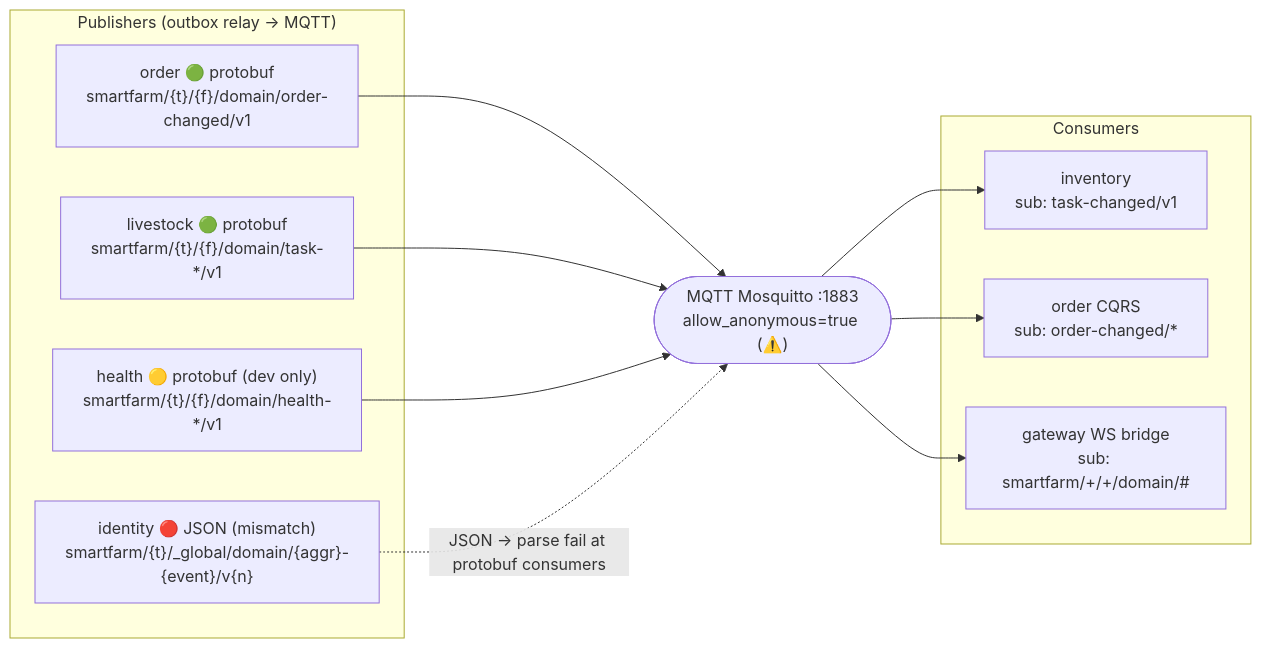
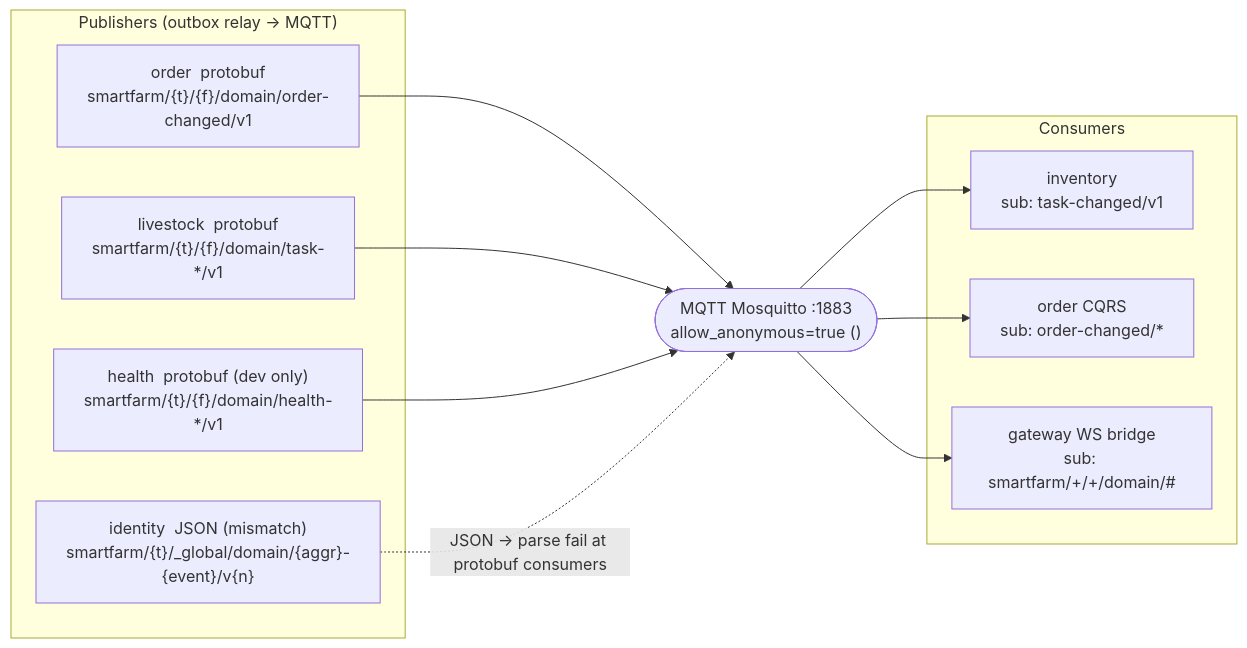
Before and after one commit to hatrongvu13/smartfarm-platform-maven-starter: the sixth of 6 diagrams in docs/architecture/request-flows.md, drawn with Mermaid. The commit also changed other lines of this file and 4 other files, not shown here.

````diff
--- a/docs/architecture/request-flows.md
+++ b/docs/architecture/request-flows.md
@@ -137,18 +137,18 @@
 ```mermaid
 flowchart LR
-  subgraph Publishers["Publishers (outbox relay → MQTT)"]
-    O["order 🟢 protobuf<br/>smartfarm/{t}/{f}/domain/order-changed/v1"]
-    L["livestock 🟢 protobuf<br/>smartfarm/{t}/{f}/domain/task-*/v1"]
-    H["health 🟡 protobuf (dev only)<br/>smartfarm/{t}/{f}/domain/health-*/v1"]
-    I["identity 🔴 JSON (mismatch)<br/>smartfarm/{t}/_global/domain/{aggr}-{event}/v{n}"]
+  subgraph Publishers["Publishers (outbox relay -> MQTT)"]
+    O["order  protobuf<br/>smartfarm/{t}/{f}/domain/order-changed/v1"]
+    L["livestock  protobuf<br/>smartfarm/{t}/{f}/domain/task-*/v1"]
+    H["health  protobuf (dev only)<br/>smartfarm/{t}/{f}/domain/health-*/v1"]
+    I["identity  JSON (mismatch)<br/>smartfarm/{t}/_global/domain/{aggr}-{event}/v{n}"]
   end
-  broker(["MQTT Mosquitto :1883<br/>allow_anonymous=true (⚠️)"])
+  broker(["MQTT Mosquitto :1883<br/>allow_anonymous=true ()"])
   subgraph Consumers
     IC["inventory<br/>sub: task-changed/v1"]
     OC["order CQRS<br/>sub: order-changed/*"]
     WS["gateway WS bridge<br/>sub: smartfarm/+/+/domain/#"]
   end
   O & L & H --> broker
-  I -.->|"JSON → parse fail at protobuf consumers"| broker
+  I -.->|"JSON -> parse fail at protobuf consumers"| broker
   broker --> IC & OC & WS
 ```
````
